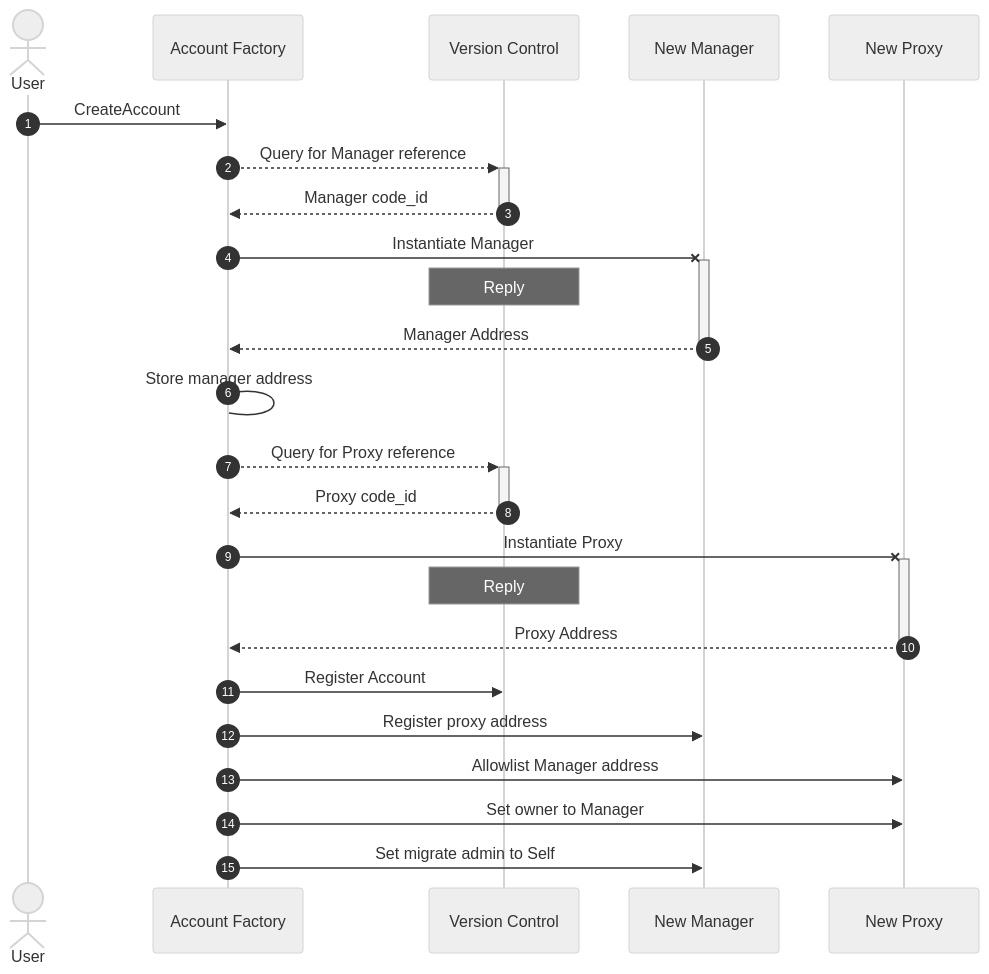
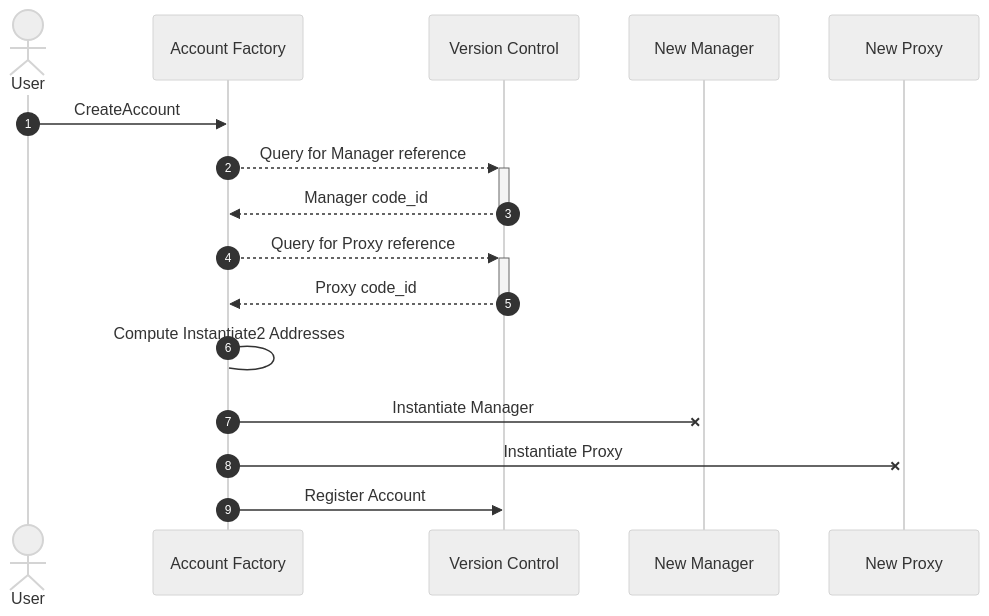
One commit to AbstractSDK/abstract changed the diagram in framework/docs/src/5_platform/3_account_factory.md. Above: the diagram before and after it, drawn with Mermaid (neutral theme). The commit also changed other lines of this file, not shown here.

Commit message:
update account creation diagram

````diff
--- a/framework/docs/src/5_platform/3_account_factory.md
+++ b/framework/docs/src/5_platform/3_account_factory.md
@@ -13,33 +13,21 @@
 ```mermaid
 sequenceDiagram
     autonumber
     actor U as User
     participant F as Account Factory
     participant VC as Version Control
     participant M as New Manager
     participant P as New Proxy
 
     U ->> F: CreateAccount
     F -->>+ VC: Query for Manager reference
     VC -->>- F: Manager code_id
 
-
-F-x+M: Instantiate Manager
-Note over VC: Reply
-M-->>-F: Manager Address
-F->F: Store manager address
-
-
 F-->>+VC: Query for Proxy reference
 VC-->>-F: Proxy code_id
+F->F: Compute Instantiate2 Addresses
+F-x+M: Instantiate Manager
 F-x+P: Instantiate Proxy
-Note over VC: Reply
-P-->>-F: Proxy Address
-
 
 F->>VC: Register Account
-F->>M: Register proxy address
-F->>P: Allowlist Manager address
-F->>P: Set owner to Manager
-F->>M: Set migrate admin to Self
 ```
````
